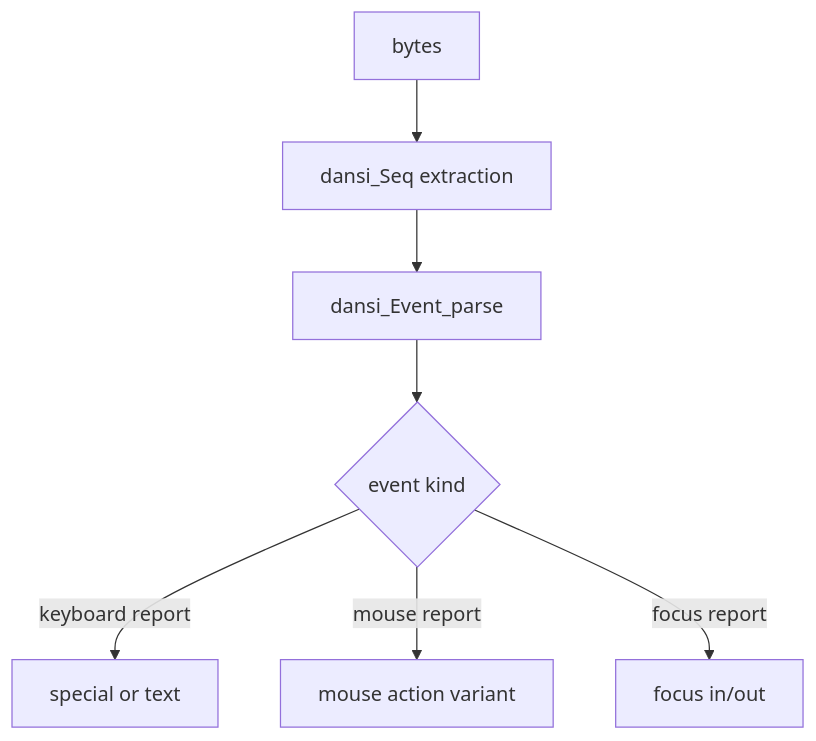
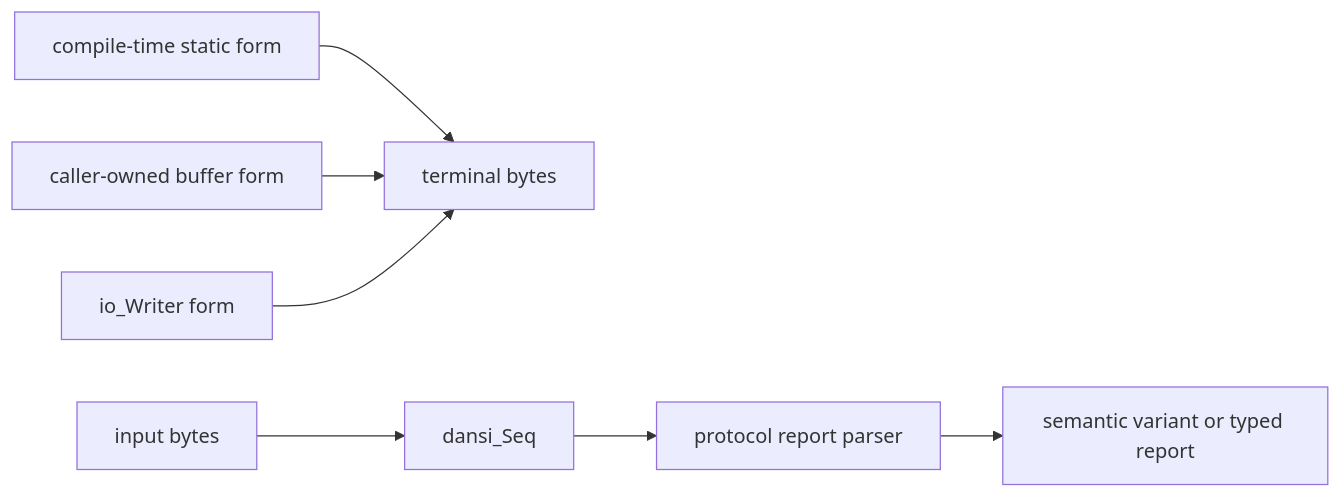
One commit to coding-pelican/dasae-headers changed the second of 2 diagrams in dh-examples/dansi/README.md. Above: the diagram before and after it, drawn with Mermaid. The commit also changed other lines of this file and 79 other files, not shown here.

````diff
--- a/dh-examples/dansi/README.md
+++ b/dh-examples/dansi/README.md
@@ -213,9 +37,9 @@
 ```mermaid
-flowchart TD
-  B[bytes] --> S[dansi_Seq extraction]
-  S --> P[dansi_Event_parse]
-  P --> K{event kind}
-  K -->|keyboard report| KS[special or text]
-  K -->|mouse report| MV[mouse action variant]
-  K -->|focus report| F[focus in/out]
+flowchart LR
+  Static[compile-time static form] --> Bytes[terminal bytes]
+  Runtime[caller-owned buffer form] --> Bytes
+  Writer[io_Writer form] --> Bytes
+  Input[input bytes] --> Seq[dansi_Seq]
+  Seq --> Packet[protocol report parser]
+  Packet --> Event[semantic variant or typed report]
 ```
````
